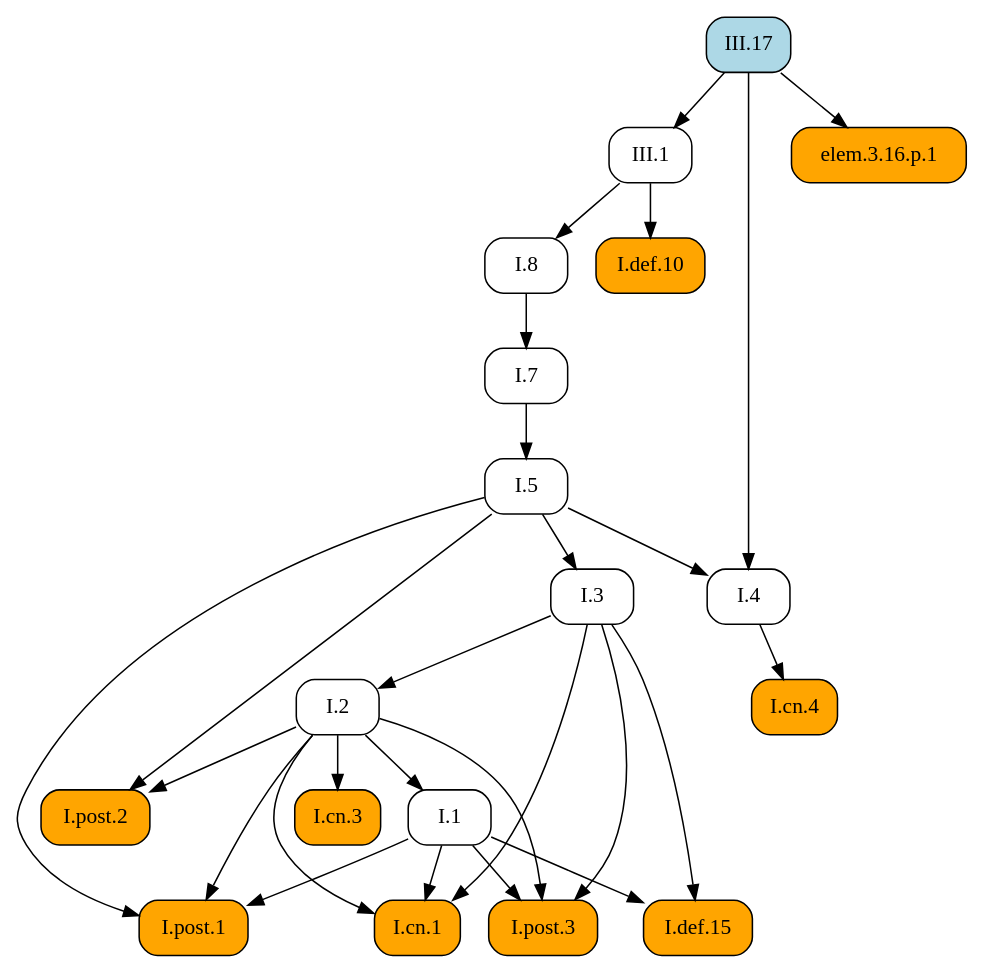
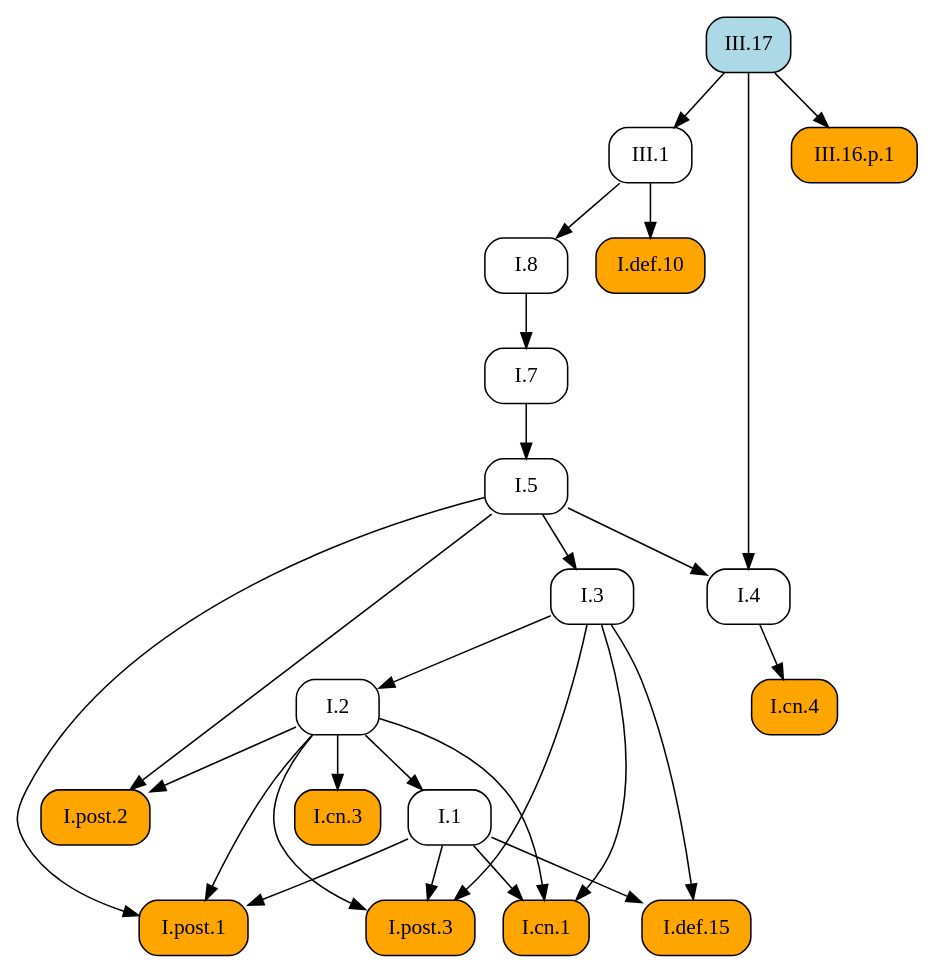
One commit to geometor/elements changed the diagram in docsrc/heath/III/17/index.rst. Above: the diagram before and after it, drawn with Graphviz. The commit also changed other lines of this file and 484 other files, not shown here.

```diff
--- a/docsrc/heath/III/17/index.rst
+++ b/docsrc/heath/III/17/index.rst
@@ -63,50 +63,50 @@
 .. graphviz::
 
    digraph {
      rankdir="TB";
      node [shape=box, style=rounded];
+     "I.cn.1" [style="rounded,filled", fillcolor=orange, URL="/heath/I/cn.1/", target="_top"];
+     "III.16.p.1" [style="rounded,filled", fillcolor=orange];
+     "I.7" [URL="/heath/I/7/", target="_top"];
+     "I.2" [URL="/heath/I/2/", target="_top"];
+     "I.def.15" [style="rounded,filled", fillcolor=orange, URL="/heath/I/def.15/", target="_top"];
+     "I.4" [URL="/heath/I/4/", target="_top"];
+     "I.1" [URL="/heath/I/1/", target="_top"];
+     "I.5" [URL="/heath/I/5/", target="_top"];
+     "III.1" [URL="/heath/III/1/", target="_top"];
+     "I.8" [URL="/heath/I/8/", target="_top"];
+     "I.post.1" [style="rounded,filled", fillcolor=orange, URL="/heath/I/post.1/", target="_top"];
+     "I.post.3" [style="rounded,filled", fillcolor=orange, URL="/heath/I/post.3/", target="_top"];
+     "I.cn.3" [style="rounded,filled", fillcolor=orange, URL="/heath/I/cn.3/", target="_top"];
      "I.def.10" [style="rounded,filled", fillcolor=orange, URL="/heath/I/def.10/", target="_top"];
-     "I.1" [URL="/heath/I/1/", target="_top"];
-     "I.7" [URL="/heath/I/7/", target="_top"];
+     "I.cn.4" [style="rounded,filled", fillcolor=orange, URL="/heath/I/cn.4/", target="_top"];
+     "I.post.2" [style="rounded,filled", fillcolor=orange, URL="/heath/I/post.2/", target="_top"];
+     "III.17" [style="rounded,filled", fillcolor=lightblue, URL="/heath/III/17/", target="_top"];
      "I.3" [URL="/heath/I/3/", target="_top"];
-     "I.2" [URL="/heath/I/2/", target="_top"];
-     "I.4" [URL="/heath/I/4/", target="_top"];
-     "I.post.2" [style="rounded,filled", fillcolor=orange, URL="/heath/I/post.2/", target="_top"];
-     "I.def.15" [style="rounded,filled", fillcolor=orange, URL="/heath/I/def.15/", target="_top"];
-     "I.post.3" [style="rounded,filled", fillcolor=orange, URL="/heath/I/post.3/", target="_top"];
-     "I.cn.1" [style="rounded,filled", fillcolor=orange, URL="/heath/I/cn.1/", target="_top"];
-     "I.cn.3" [style="rounded,filled", fillcolor=orange, URL="/heath/I/cn.3/", target="_top"];
-     "III.1" [URL="/heath/III/1/", target="_top"];
-     "III.17" [style="rounded,filled", fillcolor=lightblue, URL="/heath/III/17/", target="_top"];
-     "I.8" [URL="/heath/I/8/", target="_top"];
-     "I.cn.4" [style="rounded,filled", fillcolor=orange, URL="/heath/I/cn.4/", target="_top"];
-     "elem.3.16.p.1" [style="rounded,filled", fillcolor=orange];
-     "I.post.1" [style="rounded,filled", fillcolor=orange, URL="/heath/I/post.1/", target="_top"];
-     "I.5" [URL="/heath/I/5/", target="_top"];
-     "III.1" -> "I.def.10";
-     "I.2" -> "I.1";
+     "I.1" -> "I.cn.1";
+     "I.2" -> "I.cn.1";
+     "I.3" -> "I.cn.1";
+     "III.17" -> "III.16.p.1";
      "I.8" -> "I.7";
-     "I.5" -> "I.3";
      "I.3" -> "I.2";
+     "I.1" -> "I.def.15";
+     "I.3" -> "I.def.15";
      "I.5" -> "I.4";
      "III.17" -> "I.4";
-     "I.2" -> "I.post.2";
-     "I.5" -> "I.post.2";
-     "I.1" -> "I.def.15";
-     "I.3" -> "I.def.15";
+     "I.2" -> "I.1";
+     "I.7" -> "I.5";
+     "III.17" -> "III.1";
+     "III.1" -> "I.8";
+     "I.1" -> "I.post.1";
+     "I.2" -> "I.post.1";
+     "I.5" -> "I.post.1";
      "I.1" -> "I.post.3";
      "I.2" -> "I.post.3";
      "I.3" -> "I.post.3";
-     "I.1" -> "I.cn.1";
-     "I.2" -> "I.cn.1";
-     "I.3" -> "I.cn.1";
      "I.2" -> "I.cn.3";
-     "III.17" -> "III.1";
-     "III.1" -> "I.8";
+     "III.1" -> "I.def.10";
      "I.4" -> "I.cn.4";
-     "III.17" -> "elem.3.16.p.1";
-     "I.1" -> "I.post.1";
-     "I.2" -> "I.post.1";
-     "I.5" -> "I.post.1";
-     "I.7" -> "I.5";
+     "I.2" -> "I.post.2";
+     "I.5" -> "I.post.2";
+     "I.5" -> "I.3";
    }
```
